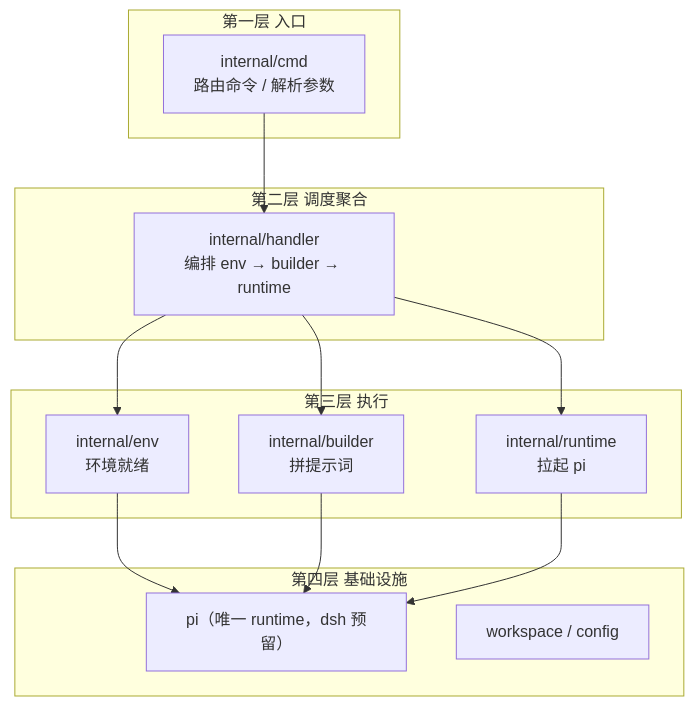
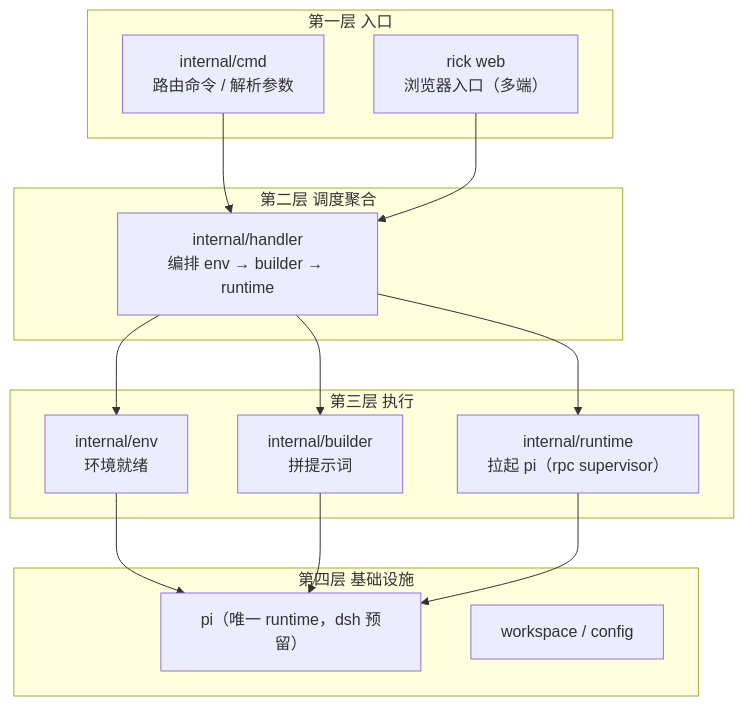
One commit to logic-math/rick changed the second of 3 diagrams in README.md. Above: the diagram before and after it, drawn with Mermaid. The commit also changed other lines of this file and 10 other files, not shown here.

````diff
--- a/README.md
+++ b/README.md
@@ -73,26 +73,28 @@
 ```mermaid
 flowchart TD
     subgraph L1["第一层 入口"]
         CLI["internal/cmd<br/>路由命令 / 解析参数"]
+        WEBUI["rick web<br/>浏览器入口（多端）"]
     end
     subgraph L2["第二层 调度聚合"]
         HANDLER["internal/handler<br/>编排 env → builder → runtime"]
     end
     subgraph L3["第三层 执行"]
         ENV["internal/env<br/>环境就绪"]
         BUILDER["internal/builder<br/>拼提示词"]
-        RUNTIME["internal/runtime<br/>拉起 pi"]
+        RUNTIME["internal/runtime<br/>拉起 pi（rpc supervisor）"]
     end
     subgraph L4["第四层 基础设施"]
         PI["pi（唯一 runtime，dsh 预留）"]
         WS["workspace / config"]
     end
 
     CLI --> HANDLER
+    WEBUI --> HANDLER
     HANDLER --> ENV
     HANDLER --> BUILDER
     HANDLER --> RUNTIME
     ENV --> PI
     BUILDER --> PI
     RUNTIME --> PI
 ```
````
